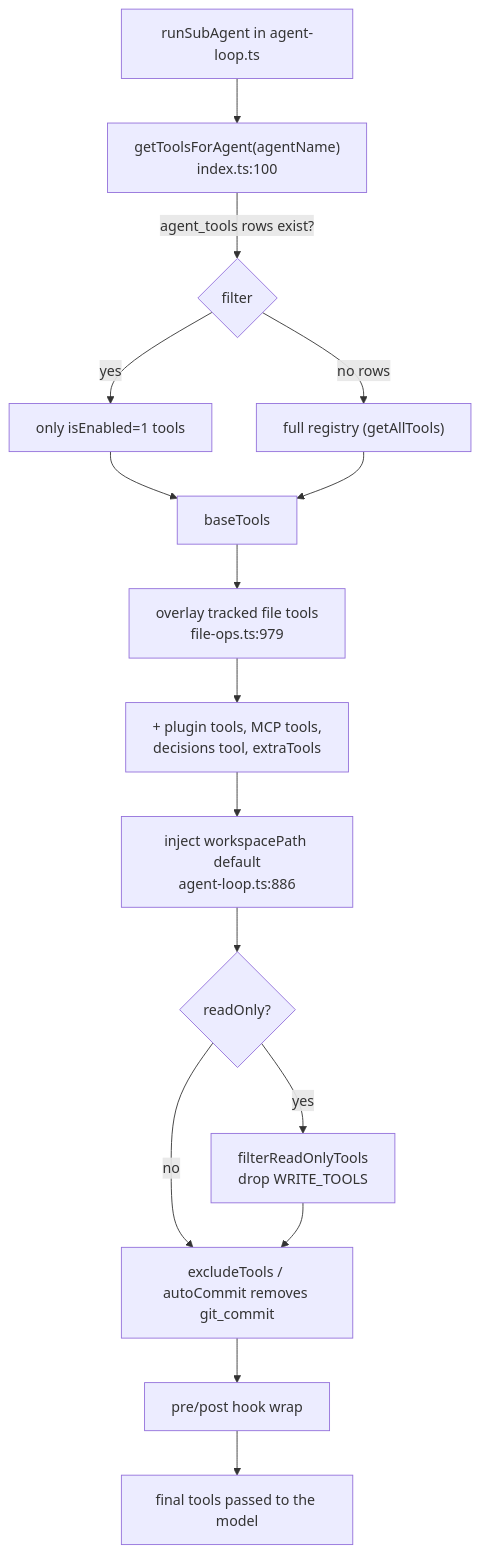
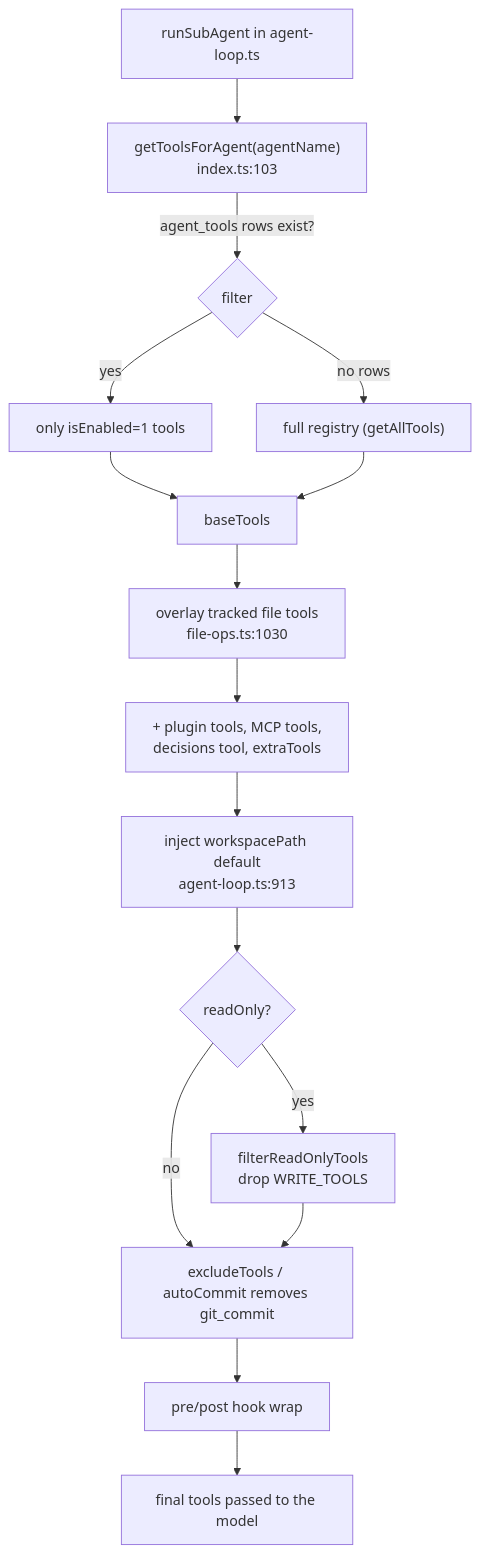
The diagram in project-wiki/subsystems/agent-tools.md (sarfraznawaz2005/agentdesk), drawn with Mermaid before and after one commit. The commit also changed other lines of this file and 38 other files, not shown here.

````diff
--- a/project-wiki/subsystems/agent-tools.md
+++ b/project-wiki/subsystems/agent-tools.md
@@ -59,18 +59,18 @@
 ```mermaid
 flowchart TD
-    A[runSubAgent in agent-loop.ts] --> B["getToolsForAgent(agentName)<br/>index.ts:100"]
+    A[runSubAgent in agent-loop.ts] --> B["getToolsForAgent(agentName)<br/>index.ts:103"]
     B -->|"agent_tools rows exist?"| C{filter}
     C -->|yes| D["only isEnabled=1 tools"]
     C -->|no rows| E["full registry (getAllTools)"]
     D --> F[baseTools]
     E --> F
-    F --> G["overlay tracked file tools<br/>file-ops.ts:979"]
+    F --> G["overlay tracked file tools<br/>file-ops.ts:1030"]
     G --> H["+ plugin tools, MCP tools,<br/>decisions tool, extraTools"]
-    H --> I["inject workspacePath default<br/>agent-loop.ts:886"]
+    H --> I["inject workspacePath default<br/>agent-loop.ts:913"]
     I --> J{readOnly?}
     J -->|yes| K["filterReadOnlyTools<br/>drop WRITE_TOOLS"]
     J -->|no| L
     K --> L["excludeTools / autoCommit removes git_commit"]
     L --> M["pre/post hook wrap"]
     M --> N[final tools passed to the model]
 ```
````
